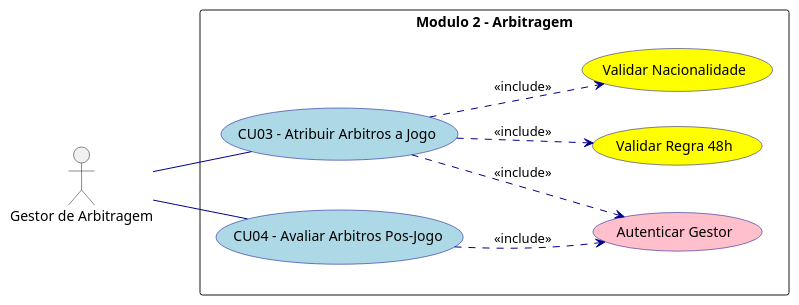
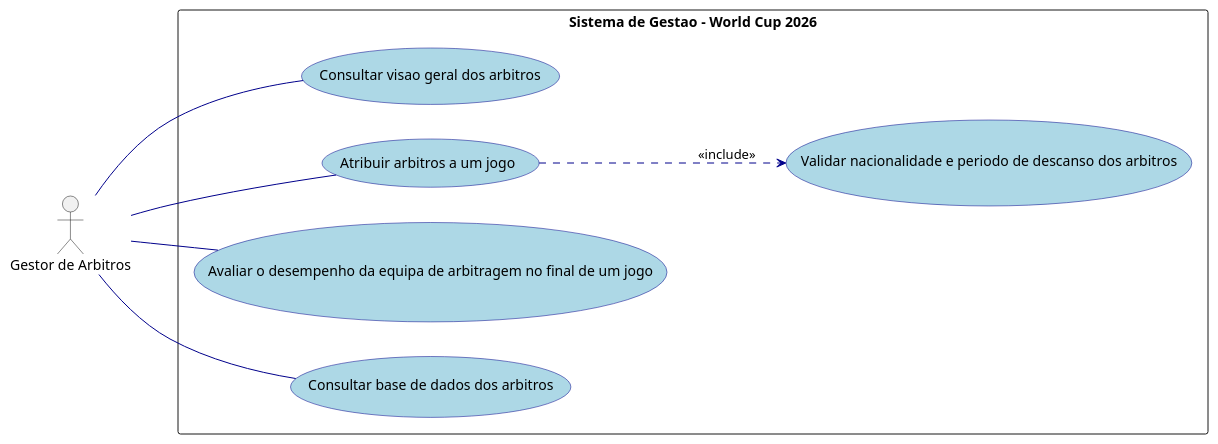
One commit to experimentos373-creator/ES changed the sixth of 10 diagrams in DIAGRAMA_CASOS_USO.md. Above: the diagram before and after it, drawn with PlantUML. The commit also changed other lines of this file and 1 other file, not shown here.

Commit message:
docs(iconix): atualizar diagramas de casos de uso para fidelidade 100% com imagens oficiais

````diff
--- a/DIAGRAMA_CASOS_USO.md
+++ b/DIAGRAMA_CASOS_USO.md
@@ -105,29 +159,27 @@
 ```plantuml
 @startuml
 left to right direction
 skinparam packageStyle rectangle
 skinparam usecase {
   BackgroundColor LightBlue
   BorderColor DarkBlue
   ArrowColor DarkBlue
 }
 
-actor "Gestor de Arbitragem" as GArb
+actor "Gestor de Arbitros" as GArb
 
-rectangle "Modulo 2 - Arbitragem" {
-  usecase "Autenticar Gestor" as Login #Pink
-  usecase "CU03 - Atribuir Arbitros a Jogo" as CU03
-  usecase "Validar Regra 48h" as CU03_sub1 #Yellow
-  usecase "Validar Nacionalidade" as CU03_sub2 #Yellow
-  usecase "CU04 - Avaliar Arbitros Pos-Jogo" as CU04
+rectangle "Sistema de Gestao - World Cup 2026" {
+  usecase "Consultar visao geral dos arbitros" as CU1
+  usecase "Atribuir arbitros a um jogo" as CU2
+  usecase "Validar nacionalidade e periodo de descanso dos arbitros" as CU2_sub
+  usecase "Avaliar o desempenho da equipa de arbitragem no final de um jogo" as CU3
+  usecase "Consultar base de dados dos arbitros" as CU4
 }
 
-GArb -- CU03
-GArb -- CU04
-
-CU03 ..> Login : <<include>>
-CU04 ..> Login : <<include>>
-CU03 ..> CU03_sub1 : <<include>>
-CU03 ..> CU03_sub2 : <<include>>
+GArb -- CU1
+GArb -- CU2
+GArb -- CU3
+GArb -- CU4
+CU2 ..> CU2_sub : <<include>>
 @enduml
 ```
````
